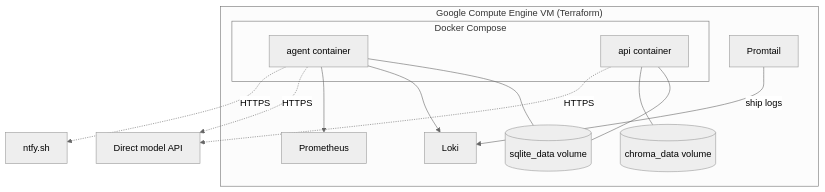
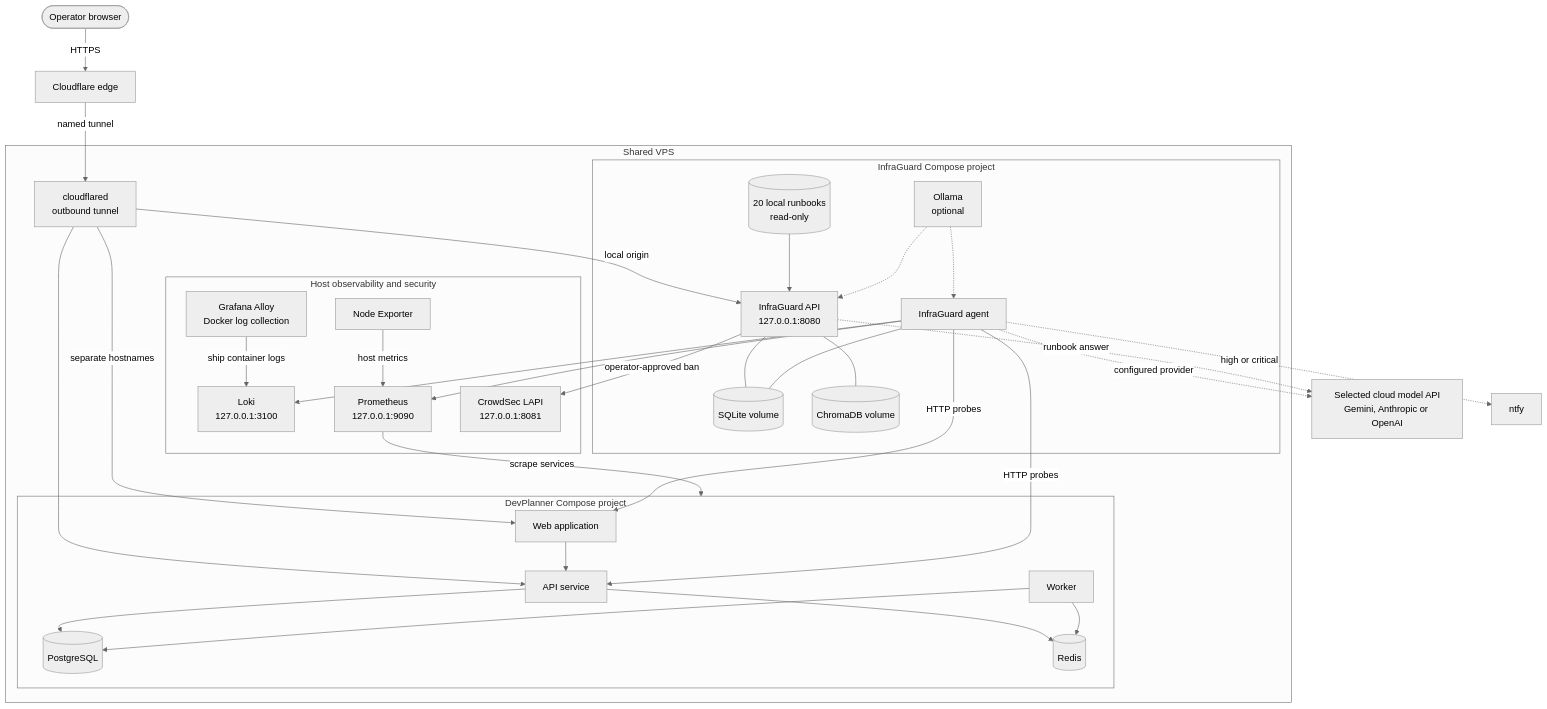
Before and after one commit to sagesta/infraguad_ai: the diagram in docs/masters_project/figures/mermaid/fig_3_2_topology.mmd, drawn with Mermaid (neutral theme). The commit also changed 171 other files, not shown here.

```diff
--- a/docs/masters_project/figures/mermaid/fig_3_2_topology.mmd
+++ b/docs/masters_project/figures/mermaid/fig_3_2_topology.mmd
@@ -1,26 +1,68 @@
-%% Figure 3.2 — Single-Host Deployment Topology
-%% Appears in: Chapter 3, Section 3.3.5 (Deployment Topology)
+%% Figure 3.2 — Deployed Single-VPS Topology
+%% Appears in: Chapter 3, Deployment Topology
 %% Render to: ../fig_3_2_topology.png
 flowchart TB
-  subgraph VM["Google Compute Engine VM (Terraform)"]
-    subgraph COMPOSE["Docker Compose"]
-      AGENTC["agent container"]
-      APIC["api container"]
+  USER(["Operator browser"])
+  CF["Cloudflare edge"]
+
+  subgraph VPS["Shared VPS"]
+    TUNNEL["cloudflared<br/>outbound tunnel"]
+
+    subgraph INFRA["InfraGuard Compose project"]
+      IAPI["InfraGuard API<br/>127.0.0.1:8080"]
+      IAGENT["InfraGuard agent"]
+      SQLITE[("SQLite volume")]
+      CHROMA[("ChromaDB volume")]
+      RUNBOOKS[("20 local runbooks<br/>read-only")]
+      OLLAMA["Ollama<br/>optional"]
     end
-    V1[("sqlite_data volume")]
-    V2[("chroma_data volume")]
-    PROMTAIL["Promtail"]
-    LOKI["Loki"]
-    PROM["Prometheus"]
-    AGENTC --- V1
-    APIC --- V1
-    APIC --- V2
-    PROMTAIL -->|ship logs| LOKI
-    AGENTC --> LOKI
-    AGENTC --> PROM
+
+    subgraph DEV["DevPlanner Compose project"]
+      WEB["Web application"]
+      DAPI["API service"]
+      WORKER["Worker"]
+      POSTGRES[("PostgreSQL")]
+      REDIS[("Redis")]
+    end
+
+    subgraph OBS["Host observability and security"]
+      ALLOY["Grafana Alloy<br/>Docker log collection"]
+      LOKI["Loki<br/>127.0.0.1:3100"]
+      PROM["Prometheus<br/>127.0.0.1:9090"]
+      NODE["Node Exporter"]
+      CROWDSEC["CrowdSec LAPI<br/>127.0.0.1:8081"]
+    end
   end
-  MODEL["Direct model API"]
-  NTFY["ntfy.sh"]
-  APIC -.->|HTTPS| MODEL
-  AGENTC -.->|HTTPS| MODEL
-  AGENTC -.->|HTTPS| NTFY
+
+  MODEL["Selected cloud model API<br/>Gemini, Anthropic or OpenAI"]
+  NTFY["ntfy"]
+
+  USER -->|"HTTPS"| CF
+  CF -->|"named tunnel"| TUNNEL
+  TUNNEL -->|"local origin"| IAPI
+  TUNNEL -->|"separate hostnames"| WEB
+  TUNNEL --> DAPI
+
+  IAPI --- SQLITE
+  IAGENT --- SQLITE
+  IAPI --- CHROMA
+  RUNBOOKS --> IAPI
+  OLLAMA -.-> IAGENT
+  OLLAMA -.-> IAPI
+  WEB --> DAPI
+  DAPI --> POSTGRES
+  DAPI --> REDIS
+  WORKER --> POSTGRES
+  WORKER --> REDIS
+
+  ALLOY -->|"ship container logs"| LOKI
+  NODE -->|"host metrics"| PROM
+  PROM -->|"scrape services"| DEV
+  IAGENT --> LOKI
+  IAGENT --> PROM
+  IAGENT -->|"HTTP probes"| WEB
+  IAGENT -->|"HTTP probes"| DAPI
+  IAGENT -.->|"configured provider"| MODEL
+  IAPI -.->|"runbook answer"| MODEL
+  IAGENT -.->|"high or critical"| NTFY
+  IAPI -->|"operator-approved ban"| CROWDSEC
```
